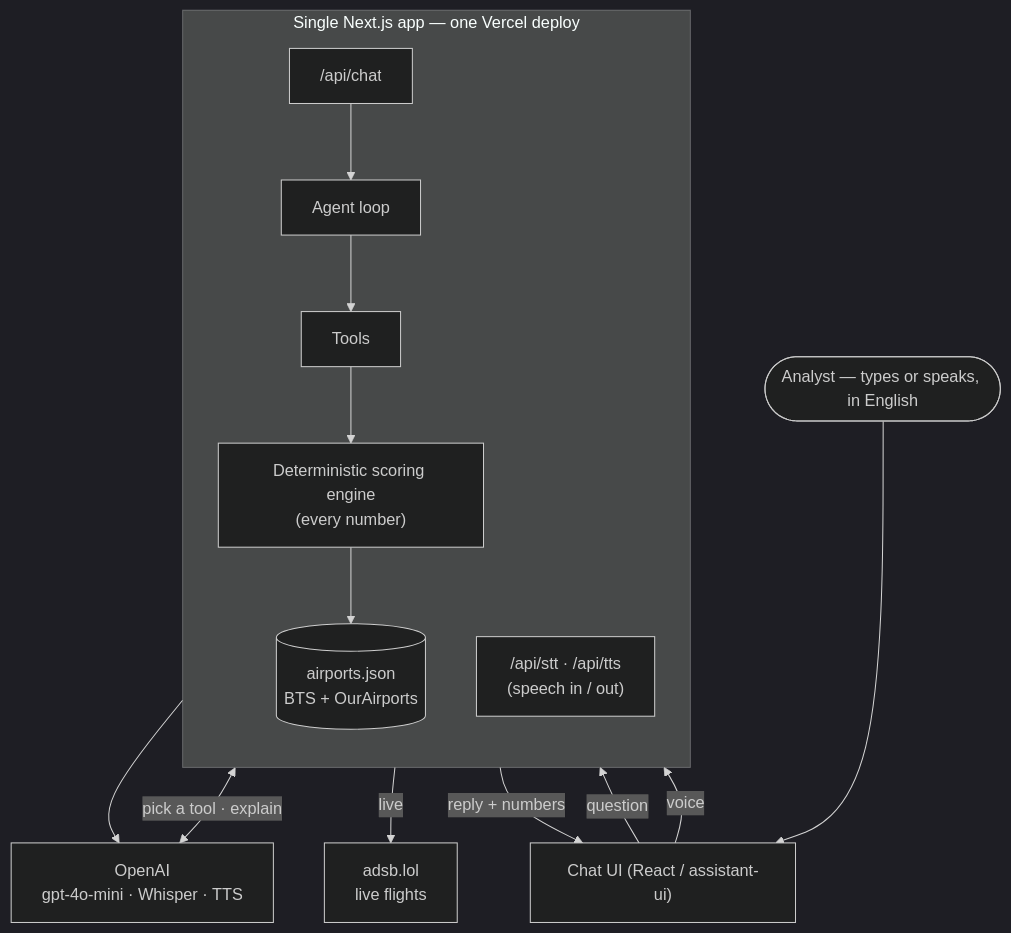
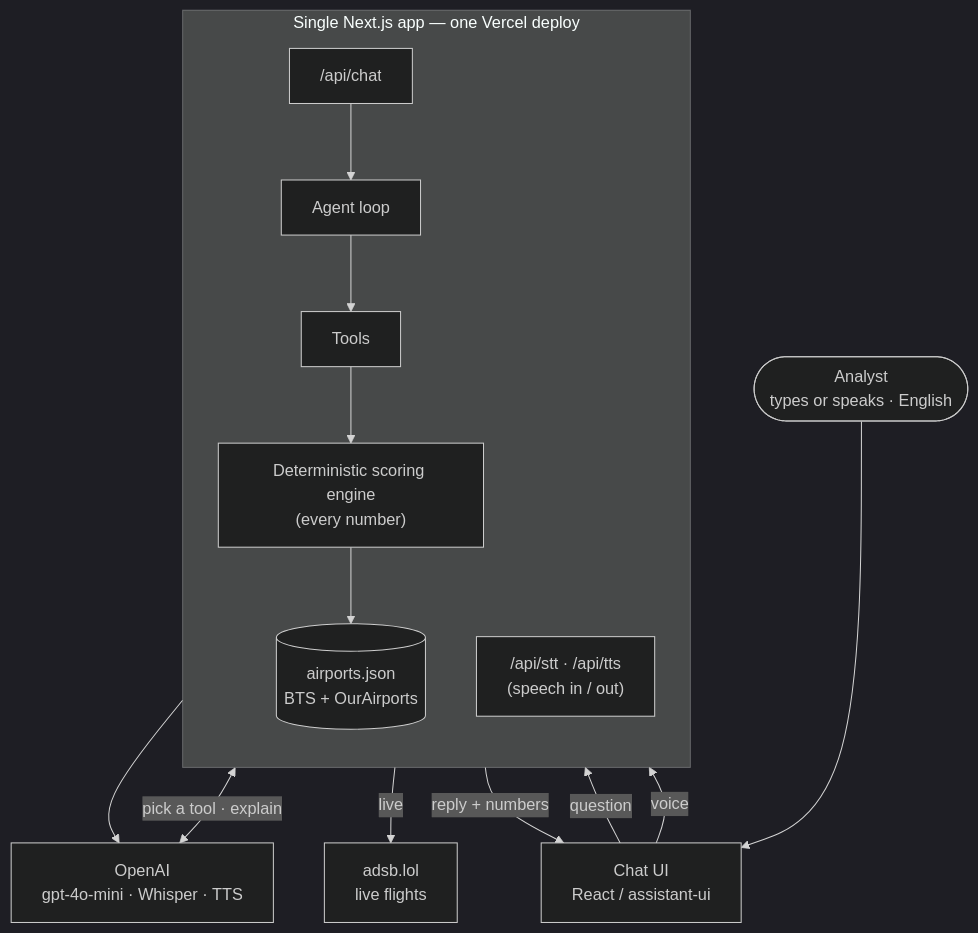
The diagram in README.md (danieltesler/Airport-Demo), drawn with Mermaid (dark theme) before and after one commit. The commit also changed 1 other file, not shown here.

Commit message:
Docs: wrap the diagram's first node label so it doesn't clip

````diff
--- a/README.md
+++ b/README.md
@@ -43,27 +43,27 @@
 ```mermaid
 flowchart TD
-    U(["Analyst — types or speaks, in English"])
-    UI["Chat UI (React / assistant-ui)"]
+    U(["Analyst<br/>types or speaks · English"])
+    UI["Chat UI<br/>React / assistant-ui"]
 
     subgraph NEXT["Single Next.js app — one Vercel deploy"]
         direction TB
         CHAT["/api/chat"]
         VOICE["/api/stt · /api/tts<br/>(speech in / out)"]
         AGENT["Agent loop"]
         TOOLS["Tools"]
         ENGINE["Deterministic scoring engine<br/>(every number)"]
         DATA[("airports.json<br/>BTS + OurAirports")]
     end
 
     OPENAI["OpenAI<br/>gpt-4o-mini · Whisper · TTS"]
     ADSB["adsb.lol<br/>live flights"]
 
     U --> UI
     UI -->|question| CHAT --> AGENT
     UI -->|voice| VOICE --> OPENAI
     AGENT <-->|pick a tool · explain| OPENAI
     AGENT --> TOOLS
     TOOLS --> ENGINE --> DATA
     TOOLS -->|live| ADSB
     CHAT -->|reply + numbers| UI
 ```
````
